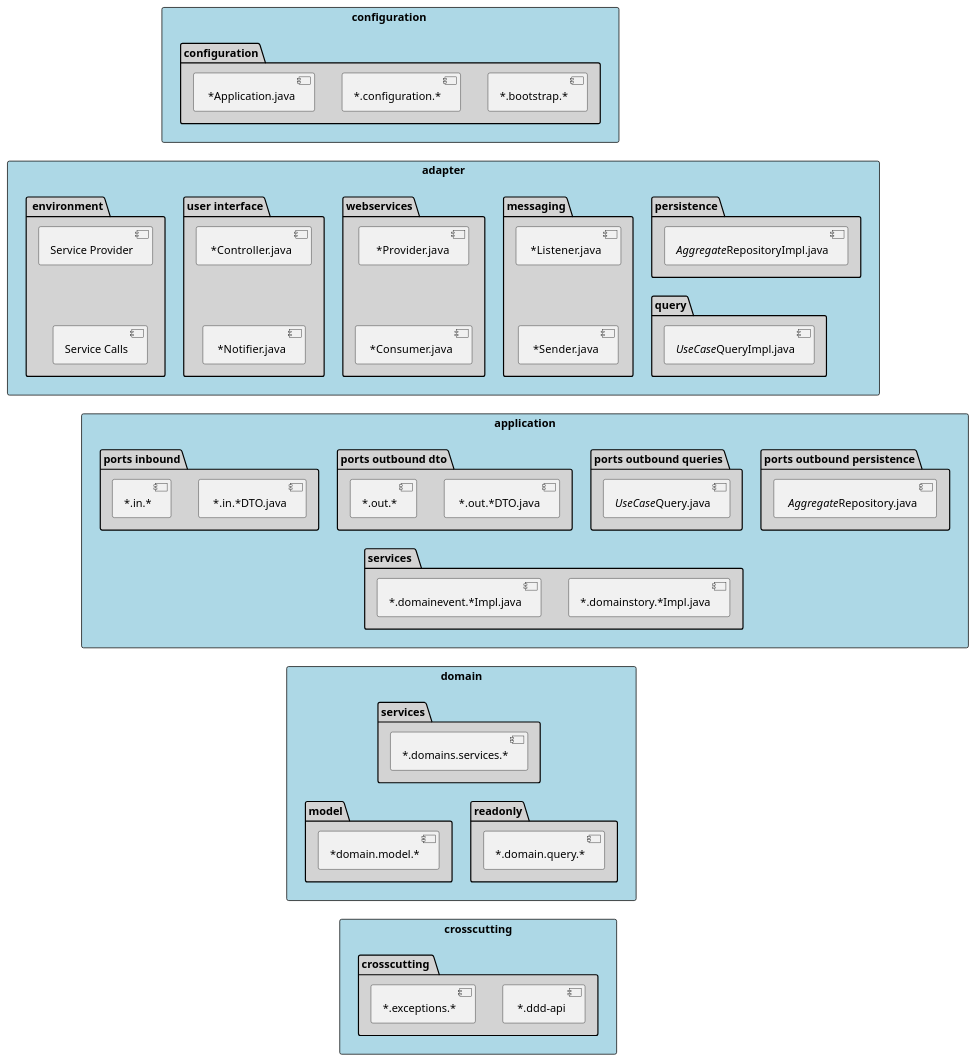
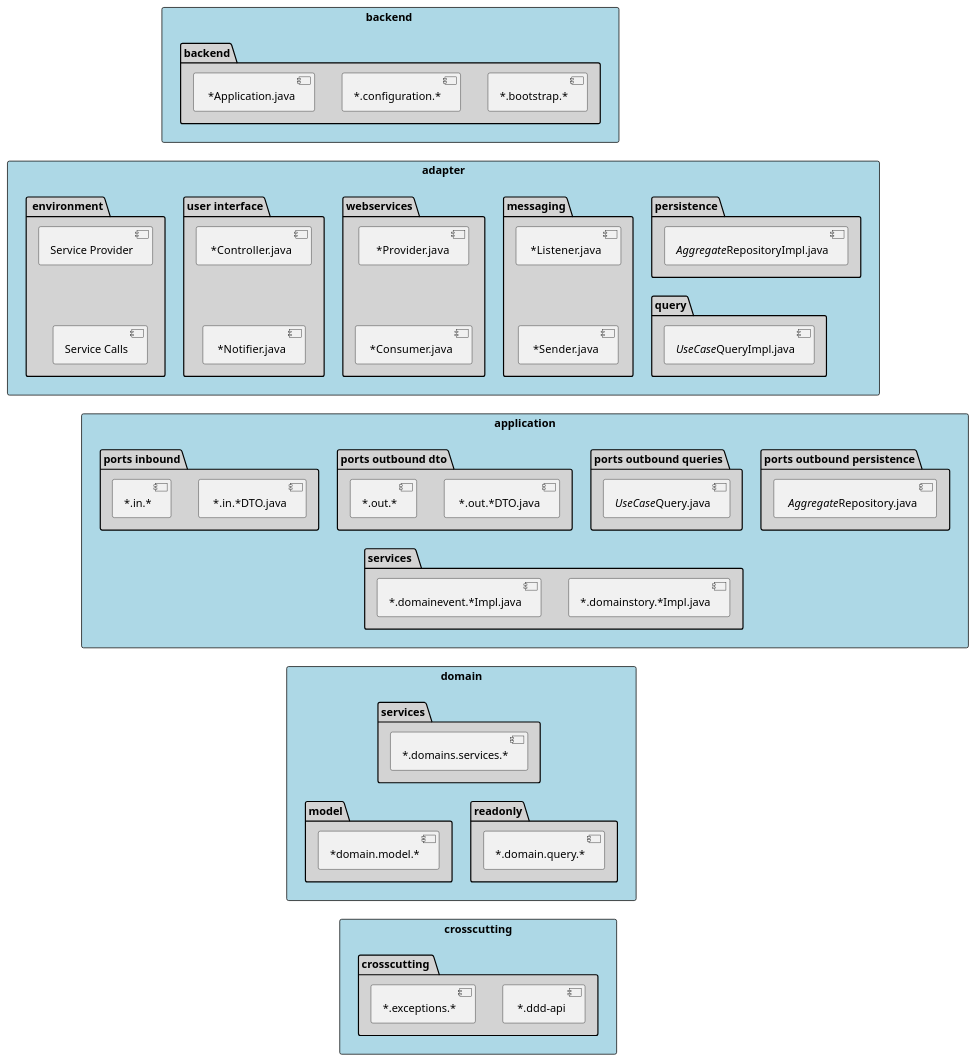
Before and after one commit to StefanSchade/learn-companion: the diagram in doc/architecture/plantuml/layers_and_packages.puml, drawn with PlantUML. The commit also changed 11 other files, not shown here.

```diff
--- a/doc/architecture/plantuml/layers_and_packages.puml
+++ b/doc/architecture/plantuml/layers_and_packages.puml
@@ -1,115 +1,115 @@
 @startuml
 top to bottom direction
 
 rectangle "crosscutting" #LightBlue {
     package "crosscutting " #LightGrey {
         [ *.ddd-api]
         [*.exceptions.*]
     }
 }
 
 rectangle "domain" #LightBlue {
 
     package "model" #LightGrey {
         [*domain.model.*]
     }
     package "readonly" #LightGrey{
         [*.domain.query.*]
     }
     package "services" #LightGrey {
         [*.domains.services.*]
     }
     }
      
 rectangle "application" #LightBlue {
     package "services " #LightGrey {
         [*.domainstory.*Impl.java] 
         [*.domainevent.*Impl.java]
       }
     package "ports outbound persistence" #LightGrey {
         [ //Aggregate//Repository.java]
     }
     package "ports outbound queries" #LightGrey {
         [//UseCase//Query.java]
     }
     package "ports outbound dto" #LightGrey {
         [ *.out.*DTO.java] 
         [*.out.*]
     }
     package "ports inbound" #LightGrey {
         [ *.in.*DTO.java]
         [*.in.*]
     }
 }
 
 rectangle "adapter" #LightBlue {
     package "persistence" #LightGrey {
         [//Aggregate//RepositoryImpl.java]
     }
     package "messaging" #LightGrey {
         [ *Listener.java] 
         [ *Sender.java]
         [ *Listener.java]-[hidden]-[ *Sender.java]
     }
     package "webservices" #LightGrey  {
         [  *Provider.java]
         [ *Consumer.java]
         [  *Provider.java]-[hidden]-[ *Consumer.java]
     }
     package "user interface" #LightGrey {
         [ *Controller.java]
         [ *Notifier.java]
         [ *Controller.java]-[hidden]-[ *Notifier.java]
     }
     package " environment" #LightGrey {
         [Service Provider]
         [Service Calls]
         [Service Provider]-[hidden]-[Service Calls]
     }
     package "query" #LightGrey {
         [//UseCase//QueryImpl.java]
     }
 }
 
-rectangle "configuration " #LightBlue {
-    package "configuration" #LightGrey {
+rectangle "backend " #LightBlue {
+    package "backend" #LightGrey {
         [*.bootstrap.*]
         [*.configuration.*]
         [ *Application.java]
     }
 
 ' ***********************
 ' layout
 ' ***********************
 
 ' layer domain - crosscutting
         [*.domain.query.*]-[hidden]-[ *.ddd-api]
 
 ' domain services above query results
         [*.domains.services.*]-[hidden]->[*.domain.query.*]
         [*.domains.services.*]-[hidden]->[*domain.model.*]
 
 ' layer application - domain
         [*.domainevent.*Impl.java]-[hidden]->[*.domains.services.*]
 
 ' ports aggregates level with ports dto
         [ //Aggregate//Repository.java]-[hidden]->[*.domainevent.*Impl.java]
         [//UseCase//Query.java]-[hidden]->[*.domainevent.*Impl.java]
         [ *.in.*DTO.java]-[hidden]->[*.domainevent.*Impl.java]
 
 ' layer application
 
         [//Aggregate//RepositoryImpl.java]-[hidden]-[ //Aggregate//Repository.java]
         [//UseCase//QueryImpl.java]-[hidden]-[//UseCase//Query.java]
         [*.in.*]-[hidden]-[*.domainevent.*Impl.java]
 
 ' layer adapter application
         [Service Calls]-[hidden]-[*.in.*]
 
 ' layer adapter
          [//Aggregate//RepositoryImpl.java]-[hidden]-[//UseCase//QueryImpl.java]
 
 ' layer deployment - adapter
         [ *Application.java]-[hidden]-[ *Controller.java]
 
 @enduml
```
